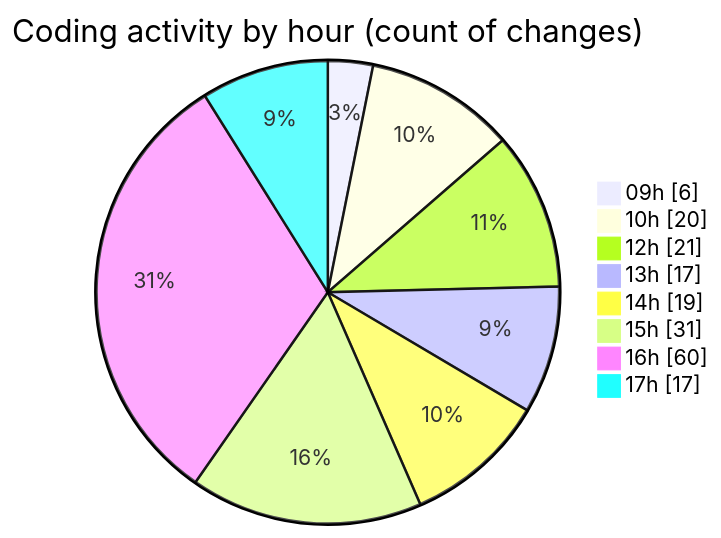
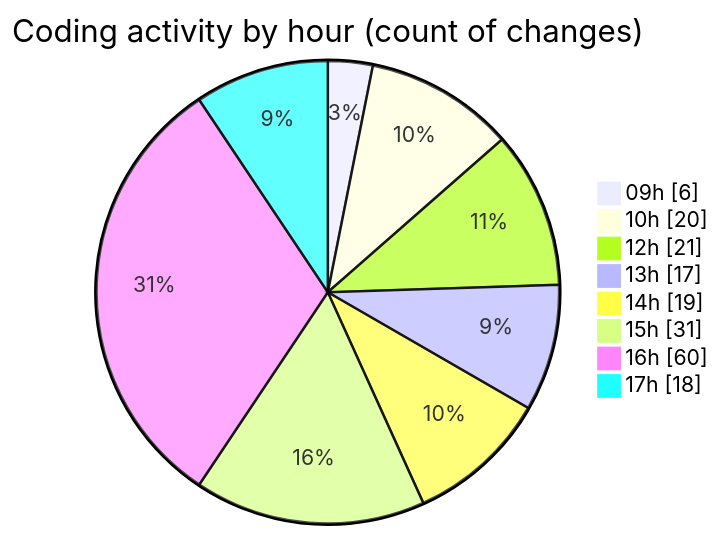
The second of 2 diagrams in 2026-02-18/bot_v1_2/README.md (becaeroporto-bot/code-tracking), drawn with Mermaid before and after one commit. The commit also changed other lines of this file and 1 other file, not shown here.

````diff
--- a/2026-02-18/bot_v1_2/README.md
+++ b/2026-02-18/bot_v1_2/README.md
@@ -57,12 +57,12 @@
 ```mermaid
 pie showData
 title Coding activity by hour (count of changes)
 "09h" : 6
 "10h" : 20
 "12h" : 21
 "13h" : 17
 "14h" : 19
 "15h" : 31
 "16h" : 60
-"17h" : 17
+"17h" : 18
 ```
````
